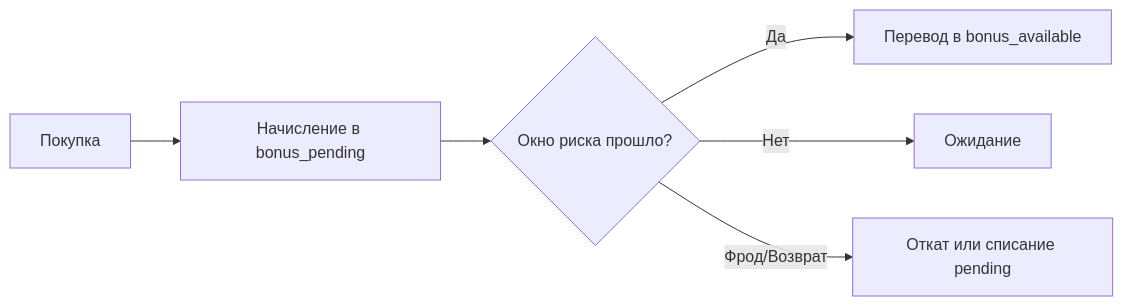
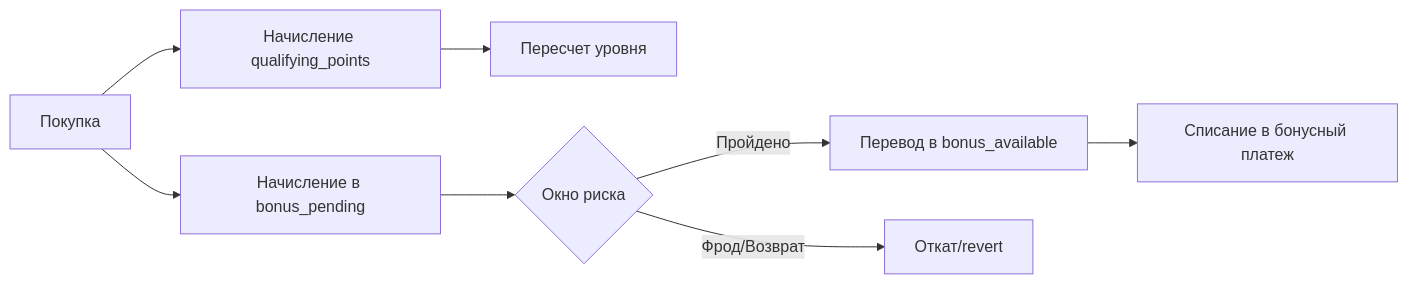
One commit to nazbav/yii2-account-balance changed the diagram in docs/howto-loyalty-levels.md. Above: the diagram before and after it, drawn with Mermaid. The commit also changed other lines of this file and 19 other files, not shown here.

````diff
--- a/docs/howto-loyalty-levels.md
+++ b/docs/howto-loyalty-levels.md
@@ -99,8 +109,10 @@
 ```mermaid
 flowchart LR
-  A[Покупка] --> B[Начисление в bonus_pending]
-  B --> C{Окно риска прошло?}
-  C -- Да --> D[Перевод в bonus_available]
-  C -- Нет --> E[Ожидание]
-  C -- Фрод/Возврат --> F[Откат или списание pending]
+    A[Покупка] --> B[Начисление в bonus_pending]
+    A --> C[Начисление qualifying_points]
+    C --> D[Пересчет уровня]
+    B --> E{Окно риска}
+    E -- Пройдено --> F[Перевод в bonus_available]
+    E -- Фрод/Возврат --> G[Откат/revert]
+    F --> H[Списание в бонусный платеж]
 ```
````
